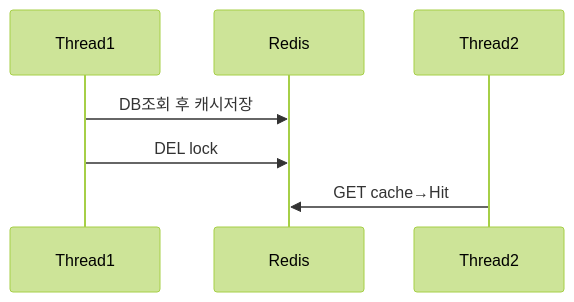
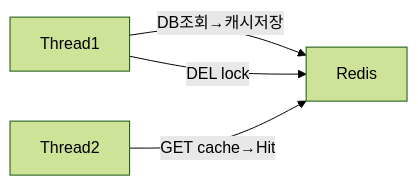
One commit to yjkim2015/yjkim2015.github.io changed the fourth of 8 diagrams in _posts/caching/2026-05-03-cache-invalidation.md. Above: the diagram before and after it, drawn with Mermaid (forest theme). The commit also changed other lines of this file and 84 other files, not shown here.

First line of the commit message:
85개 포스트 Mermaid 다이어그램 규칙 일괄 수정

````diff
--- a/_posts/caching/2026-05-03-cache-invalidation.md
+++ b/_posts/caching/2026-05-03-cache-invalidation.md
@@ -243,6 +246,9 @@
 ```mermaid
-sequenceDiagram
-    Thread1->>Redis: DB조회 후 캐시저장
-    Thread1->>Redis: DEL lock
-    Thread2->>Redis: GET cache→Hit
+graph LR
+    T1["Thread1"]
+    R["Redis"]
+    T2["Thread2"]
+    T1 -->|"DB조회→캐시저장"| R
+    T1 -->|"DEL lock"| R
+    T2 -->|"GET cache→Hit"| R
 ```
````
